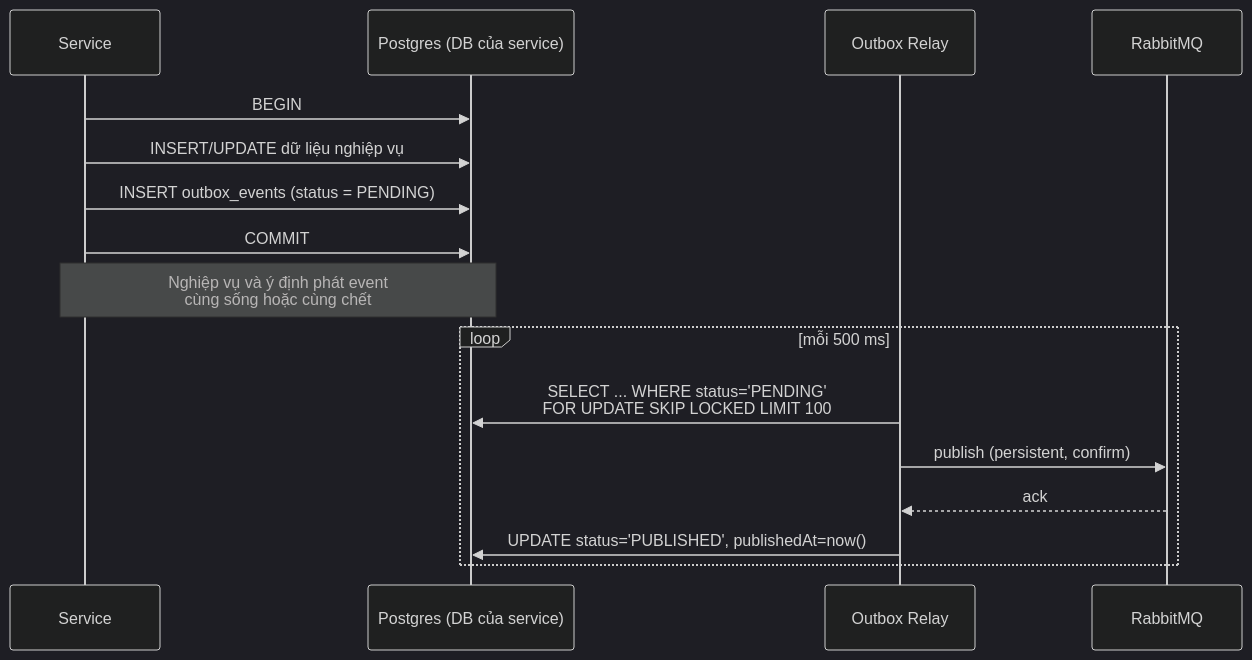
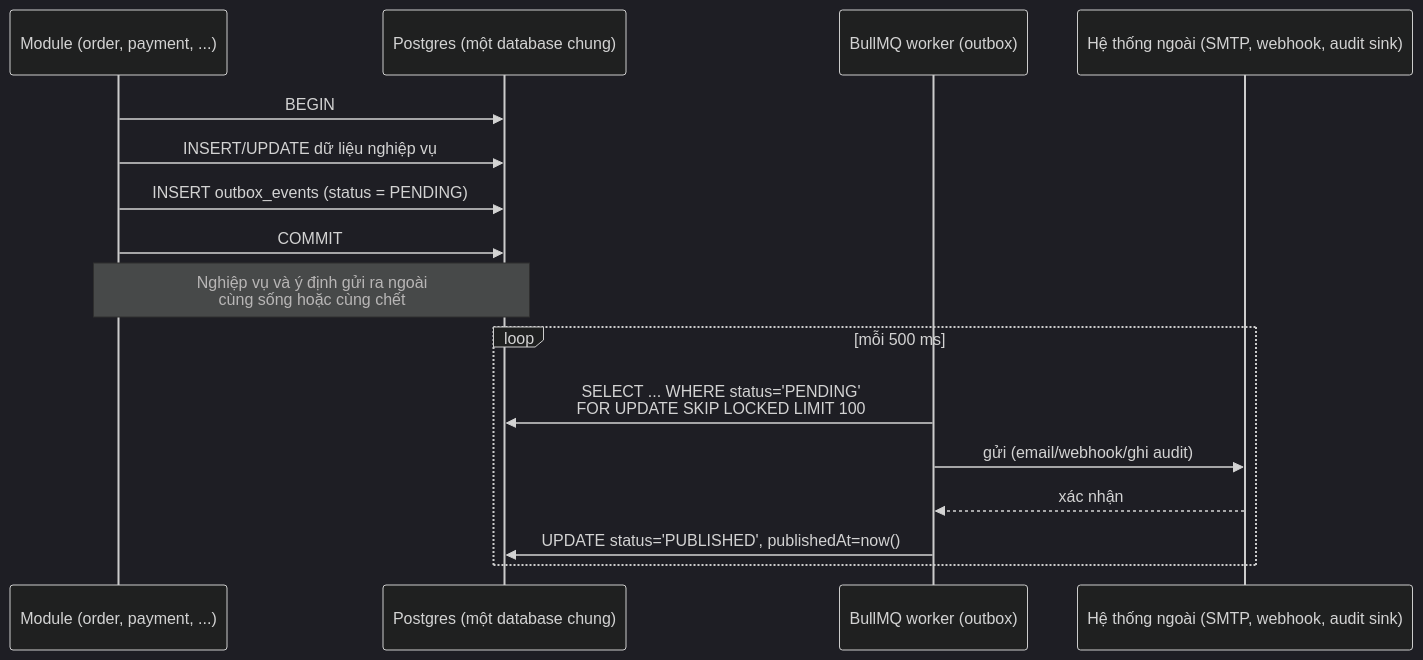
One commit to timmy277/timmyhub changed the second of 4 diagrams in docs/01-architecture/communication-patterns.md. Above: the diagram before and after it, drawn with Mermaid (dark theme). The commit also changed other lines of this file and 34 other files, not shown here.

````diff
--- a/docs/01-architecture/communication-patterns.md
+++ b/docs/01-architecture/communication-patterns.md
@@ -111,20 +127,20 @@
 ```mermaid
 sequenceDiagram
-    participant S as Service
-    participant DB as Postgres (DB của service)
-    participant R as Outbox Relay
-    participant MQ as RabbitMQ
+    participant M as Module (order, payment, ...)
+    participant DB as Postgres (một database chung)
+    participant W as BullMQ worker (outbox)
+    participant EXT as Hệ thống ngoài (SMTP, webhook, audit sink)
 
-    S->>DB: BEGIN
-    S->>DB: INSERT/UPDATE dữ liệu nghiệp vụ
-    S->>DB: INSERT outbox_events (status = PENDING)
-    S->>DB: COMMIT
-    Note over S,DB: Nghiệp vụ và ý định phát event<br/>cùng sống hoặc cùng chết
+    M->>DB: BEGIN
+    M->>DB: INSERT/UPDATE dữ liệu nghiệp vụ
+    M->>DB: INSERT outbox_events (status = PENDING)
+    M->>DB: COMMIT
+    Note over M,DB: Nghiệp vụ và ý định gửi ra ngoài<br/>cùng sống hoặc cùng chết
 
     loop mỗi 500 ms
-        R->>DB: SELECT ... WHERE status='PENDING'<br/>FOR UPDATE SKIP LOCKED LIMIT 100
-        R->>MQ: publish (persistent, confirm)
-        MQ-->>R: ack
-        R->>DB: UPDATE status='PUBLISHED', publishedAt=now()
+        W->>DB: SELECT ... WHERE status='PENDING'<br/>FOR UPDATE SKIP LOCKED LIMIT 100
+        W->>EXT: gửi (email/webhook/ghi audit)
+        EXT-->>W: xác nhận
+        W->>DB: UPDATE status='PUBLISHED', publishedAt=now()
     end
 ```
````
